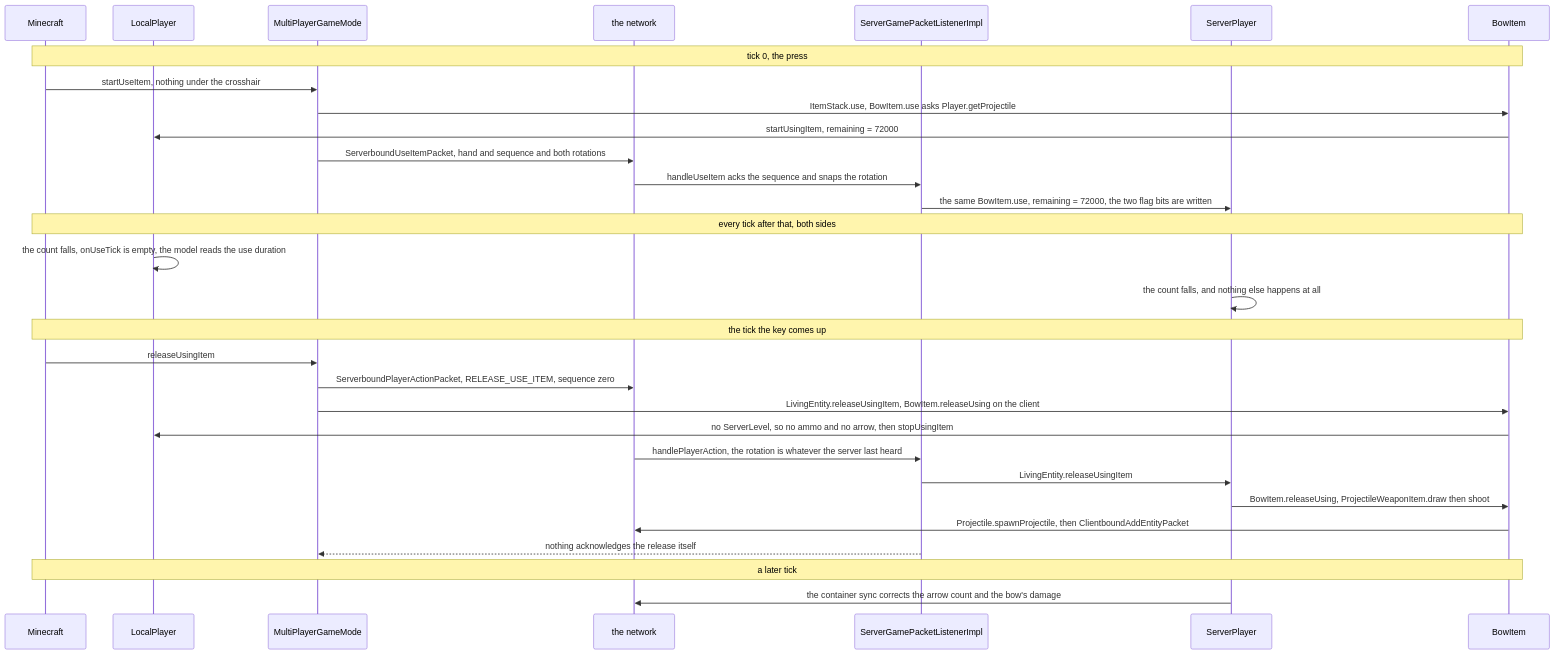
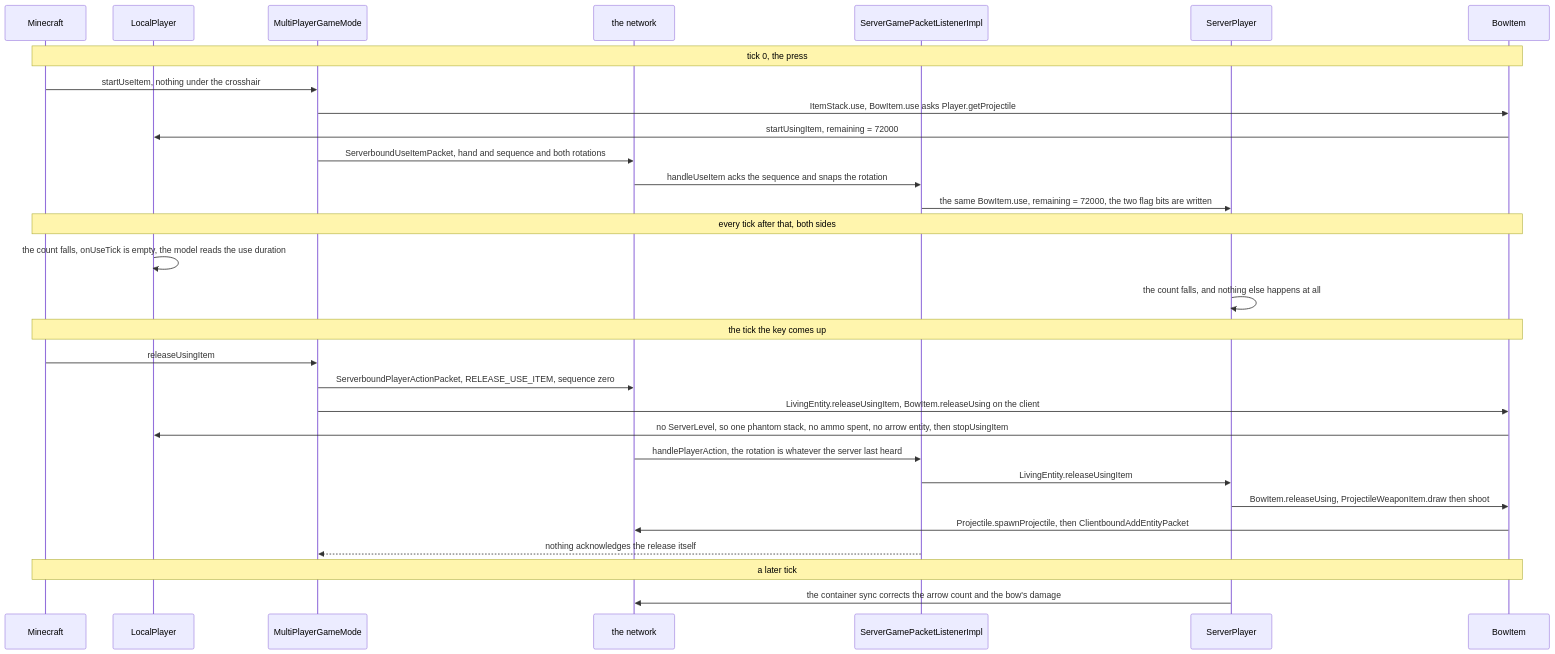
One commit to AlexanderjFraser/MinecraftDocs changed the third of 3 diagrams in src/systems/items/using-an-item.md. Above: the diagram before and after it, drawn with Mermaid. The commit also changed other lines of this file and 13 other files, not shown here.

````diff
--- a/src/systems/items/using-an-item.md
+++ b/src/systems/items/using-an-item.md
@@ -319,33 +323,33 @@
 ```mermaid
 sequenceDiagram
     participant MC as Minecraft
     participant LP as LocalPlayer
     participant MPGM as MultiPlayerGameMode
     participant Wire as the network
     participant SGPL as ServerGamePacketListenerImpl
     participant SP as ServerPlayer
     participant BowI as BowItem
 
     Note over MC,BowI: tick 0, the press
     MC->>MPGM: startUseItem, nothing under the crosshair
     MPGM->>BowI: ItemStack.use, BowItem.use asks Player.getProjectile
     BowI->>LP: startUsingItem, remaining = 72000
     MPGM->>Wire: ServerboundUseItemPacket, hand and sequence and both rotations
     Wire->>SGPL: handleUseItem acks the sequence and snaps the rotation
     SGPL->>SP: the same BowItem.use, remaining = 72000, the two flag bits are written
     Note over MC,BowI: every tick after that, both sides
     LP->>LP: the count falls, onUseTick is empty, the model reads the use duration
     SP->>SP: the count falls, and nothing else happens at all
     Note over MC,BowI: the tick the key comes up
     MC->>MPGM: releaseUsingItem
     MPGM->>Wire: ServerboundPlayerActionPacket, RELEASE_USE_ITEM, sequence zero
     MPGM->>BowI: LivingEntity.releaseUsingItem, BowItem.releaseUsing on the client
-    BowI->>LP: no ServerLevel, so no ammo and no arrow, then stopUsingItem
+    BowI->>LP: no ServerLevel, so one phantom stack, no ammo spent, no arrow entity, then stopUsingItem
     Wire->>SGPL: handlePlayerAction, the rotation is whatever the server last heard
     SGPL->>SP: LivingEntity.releaseUsingItem
     SP->>BowI: BowItem.releaseUsing, ProjectileWeaponItem.draw then shoot
     BowI->>Wire: Projectile.spawnProjectile, then ClientboundAddEntityPacket
     SGPL-->>MPGM: nothing acknowledges the release itself
     Note over MC,BowI: a later tick
     SP->>Wire: the container sync corrects the arrow count and the bow's damage
 ```
````
